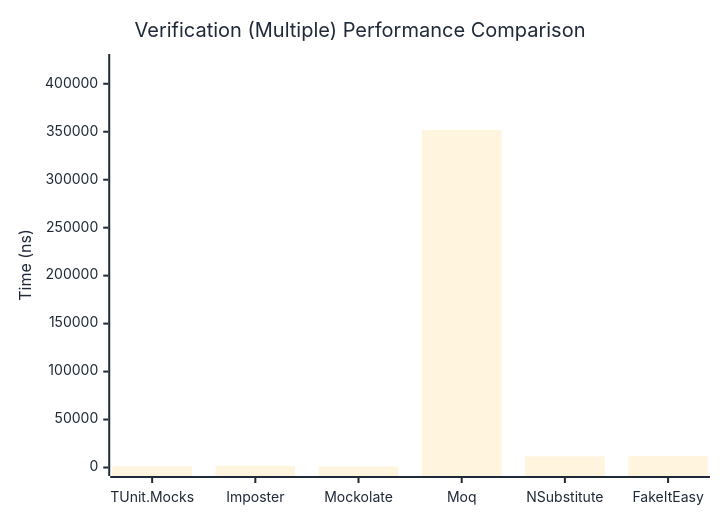
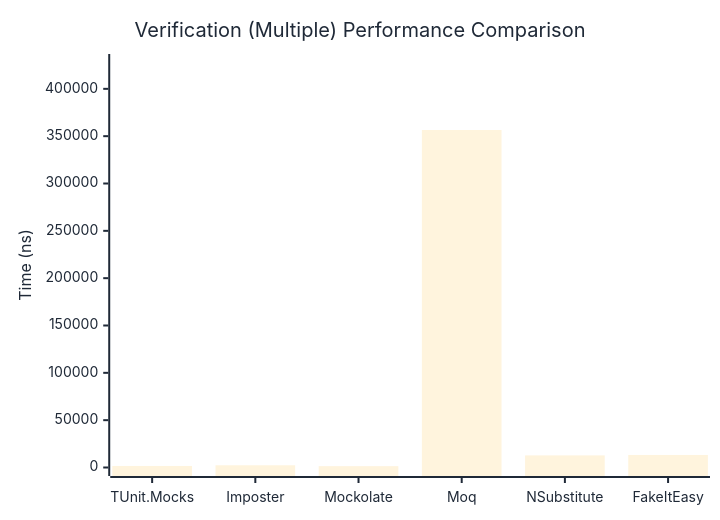
The third of 3 diagrams in docs/docs/benchmarks/mocks/Verification.md (thomhurst/TUnit), drawn with Mermaid before and after one commit. The commit also changed other lines of this file and 14 other files, not shown here.

````diff
--- a/docs/docs/benchmarks/mocks/Verification.md
+++ b/docs/docs/benchmarks/mocks/Verification.md
@@ -112,27 +112,27 @@
 ```mermaid
 %%{init: {
   'theme':'base',
   'themeVariables': {
     'primaryColor': '#2563eb',
     'primaryTextColor': '#1f2937',
     'primaryBorderColor': '#1e40af',
     'lineColor': '#6b7280',
     'secondaryColor': '#7c3aed',
     'tertiaryColor': '#dc2626',
     'background': '#ffffff',
     'pie1': '#2563eb',
     'pie2': '#7c3aed',
     'pie3': '#dc2626',
     'pie4': '#f59e0b',
     'pie5': '#10b981',
     'pie6': '#06b6d4',
     'pie7': '#ec4899',
     'pie8': '#6366f1'
   }
 }}%%
 xychart-beta
   title "Verification (Multiple) Performance Comparison"
   x-axis ["TUnit.Mocks", "Imposter", "Mockolate", "Moq", "NSubstitute", "FakeItEasy"]
-  y-axis "Time (ns)" 0 --> 422181
-  bar [1290.53, 1707.52, 1095.07, 351816.83, 11635.22, 12142.22]
+  y-axis "Time (ns)" 0 --> 427822
+  bar [1638.65, 2347.77, 1414.07, 356518.29, 12792.53, 13248.07]
 ```
````
